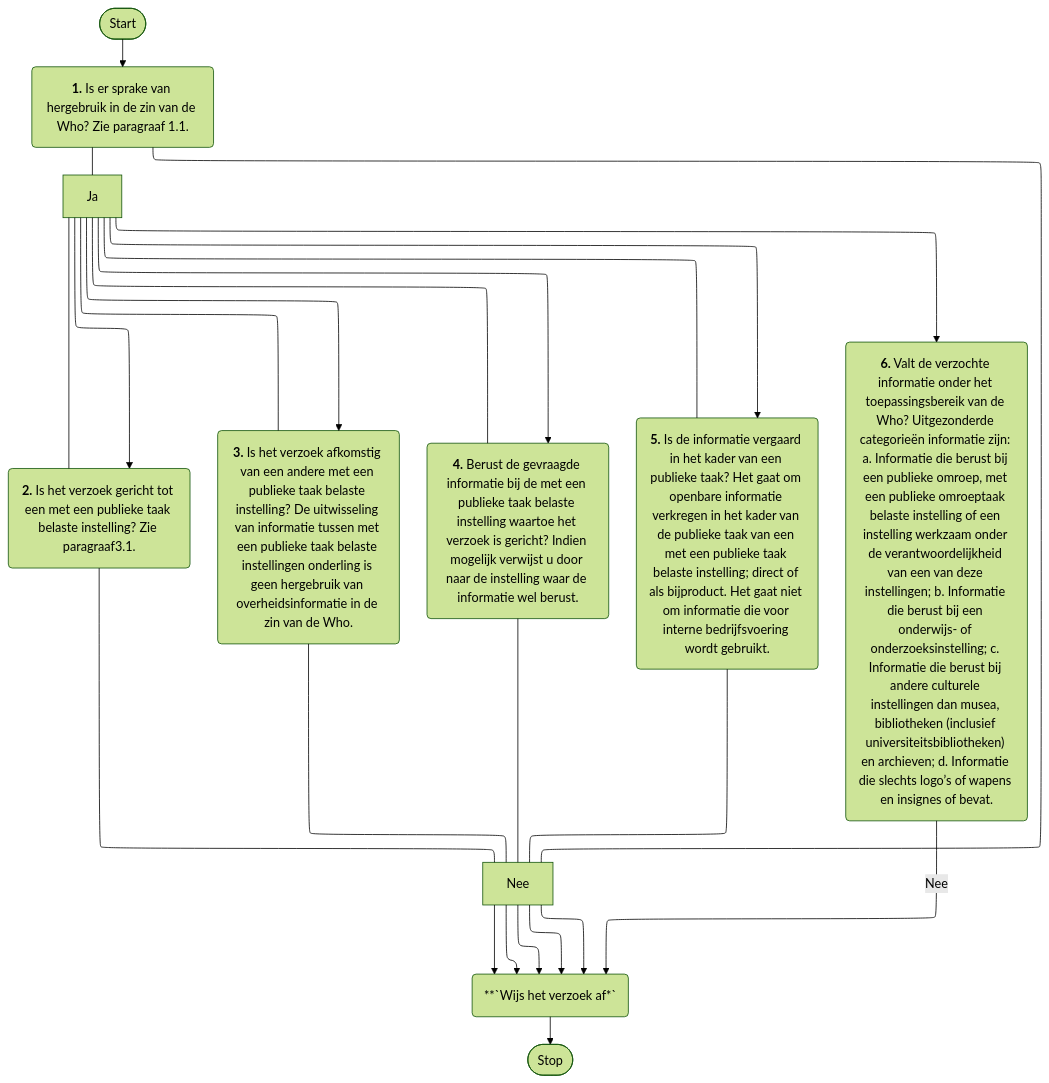
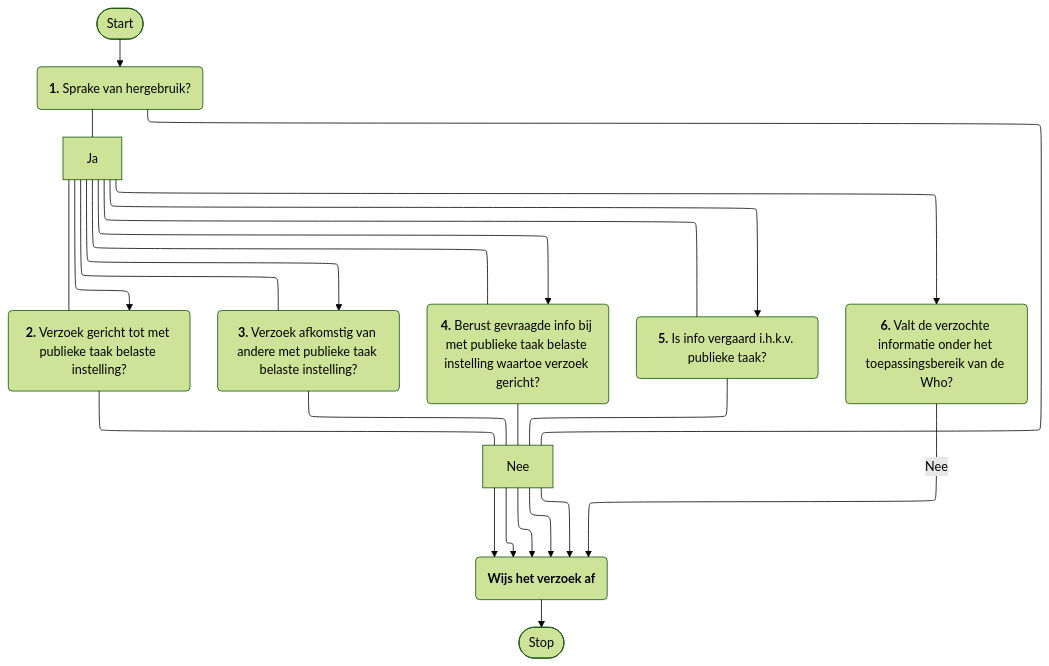
Before and after one commit to VNG-Realisatie/VNG-R-Respec-Template: the second of 11 diagrams in mermaid.md, drawn with Mermaid (forest theme). The commit also changed other lines of this file, not shown here.

````diff
--- a/mermaid.md
+++ b/mermaid.md
@@ -64,17 +64,18 @@
 ```mermaid
 %%{init: {"flowchart": {"defaultRenderer": "elk"}} }%%
 graph TD
-    A([Start])---->B("`**1.** Is er sprake van hergebruik in de zin van de Who? Zie paragraaf 1.1.`")
-    B("`**1.** Is er sprake van hergebruik in de zin van de Who? Zie paragraaf 1.1.`")--- Nee --->L("`**Wijs het verzoek af**`")
-    B("`**1.** Is er sprake van hergebruik in de zin van de Who? Zie paragraaf 1.1.`")--- Ja --->C("`**2.** Is het verzoek gericht tot een met een publieke taak belaste instelling? Zie paragraaf3.1.`")
-    C("`**2.** Is het verzoek gericht tot een met een publieke taak belaste instelling? Zie paragraaf3.1.`")--- Nee --->L("`**Wijs het verzoek af**`")
-    C("`**2.** Is het verzoek gericht tot een met een publieke taak belaste instelling? Zie paragraaf3.1.`")--- Ja --->D("`**3.** Is het verzoek afkomstig van een andere met een publieke taak belaste instelling? De uitwisseling van informatie tussen met een publieke taak belaste instellingen onderling is geen hergebruik van overheidsinformatie in de zin van de Who.`")
-    D("`**3.** Is het verzoek afkomstig van een andere met een publieke taak belaste instelling? De uitwisseling van informatie tussen met een publieke taak belaste instellingen onderling is geen hergebruik van overheidsinformatie in de zin van de Who.`")--- Nee --->L("`**Wijs het verzoek af**`")
-    D("`**3.** Is het verzoek afkomstig van een andere met een publieke taak belaste instelling? De uitwisseling van informatie tussen met een publieke taak belaste instellingen onderling is geen hergebruik van overheidsinformatie in de zin van de Who.`")--- Ja --->E("`**4.** Berust de gevraagde informatie bij de met een publieke taak belaste instelling waartoe het verzoek is gericht? Indien mogelijk verwijst u door naar de instelling waar de informatie wel berust.`")
-    E("`**4.** Berust de gevraagde informatie bij de met een publieke taak belaste instelling waartoe het verzoek is gericht? Indien mogelijk verwijst u door naar de instelling waar de informatie wel berust.`")--- Nee --->L("`**Wijs het verzoek af**`")
-    E("`**4.** Berust de gevraagde informatie bij de met een publieke taak belaste instelling waartoe het verzoek is gericht? Indien mogelijk verwijst u door naar de instelling waar de informatie wel berust.`")--- Ja ---> F("`**5.** Is de informatie vergaard in het kader van een publieke taak? Het gaat om openbare informatie verkregen in het kader van de publieke taak van een met een publieke taak belaste instelling; direct of als bijproduct. Het gaat niet om informatie die voor interne bedrijfsvoering wordt gebruikt.`")
-    F("`**5.** Is de informatie vergaard in het kader van een publieke taak? Het gaat om openbare informatie verkregen in het kader van de publieke taak van een met een publieke taak belaste instelling; direct of als bijproduct. Het gaat niet om informatie die voor interne bedrijfsvoering wordt gebruikt.`")--- Nee --->L("`**Wijs het verzoek af**`")
-    F("`**5.** Is de informatie vergaard in het kader van een publieke taak? Het gaat om openbare informatie verkregen in het kader van de publieke taak van een met een publieke taak belaste instelling; direct of als bijproduct. Het gaat niet om informatie die voor interne bedrijfsvoering wordt gebruikt.`")--- Ja --->G("`**6.** Valt de verzochte informatie onder het toepassingsbereik van de Who? Uitgezonderde categorieën informatie zijn: a. Informatie die berust bij een publieke omroep, met een publieke omroeptaak belaste instelling of een instelling werkzaam onder de verantwoordelijkheid van een van deze instellingen; b. Informatie die berust bij een onderwijs- of onderzoeksinstelling; c. Informatie die berust bij andere culturele instellingen dan musea, bibliotheken (inclusief universiteitsbibliotheken) en archieven; d. Informatie die slechts logo’s of wapens en insignes of bevat.`")
-    G("`**6.** Valt de verzochte informatie onder het toepassingsbereik van de Who? Uitgezonderde categorieën informatie zijn: a. Informatie die berust bij een publieke omroep, met een publieke omroeptaak belaste instelling of een instelling werkzaam onder de verantwoordelijkheid van een van deze instellingen; b. Informatie die berust bij een onderwijs- of onderzoeksinstelling; c. Informatie die berust bij andere culturele instellingen dan musea, bibliotheken (inclusief universiteitsbibliotheken) en archieven; d. Informatie die slechts logo’s of wapens en insignes of bevat.`")-- Nee --->L("**`Wijs het verzoek af*`")---->X([Stop])
+    A([Start])---->B("`**1.** Sprake van hergebruik?`")
+    B("`**1.** Sprake van hergebruik?`")--- Nee --->L("`**Wijs het verzoek af**`")
+    B("`**1.** Sprake van hergebruik?`")--- Ja --->C("`**2.** Verzoek gericht tot met publieke taak belaste instelling?`")
+    C("`**2.** Verzoek gericht tot met publieke taak belaste instelling?`")--- Nee --->L("`**Wijs het verzoek af**`")
+    C("`**2.** Verzoek gericht tot met publieke taak belaste instelling?`")--- Ja --->D("`**3.** Verzoek afkomstig van andere met publieke taak belaste instelling? `")
+    D("`**3.** Verzoek afkomstig van andere met publieke taak belaste instelling? `")--- Nee --->L("`**Wijs het verzoek af**`")
+    D("`**3.** Verzoek afkomstig van andere met publieke taak belaste instelling? `")--- Ja --->E("`**4.** Berust gevraagde info bij met publieke taak belaste instelling waartoe verzoek gericht?`")
+    E("`**4.** Berust gevraagde info bij met publieke taak belaste instelling waartoe verzoek gericht?`")--- Nee --->L("`**Wijs het verzoek af**`")
+    E("`**4.** Berust gevraagde info bij met publieke taak belaste instelling waartoe verzoek gericht?`")--- Ja ---> F("`**5.** Is info vergaard i.h.k.v. publieke taak?`")
+    F("`**5.** Is info vergaard i.h.k.v. publieke taak?`")--- Nee --->L("`**Wijs het verzoek af**`")
+    F("`**5.** Is info vergaard i.h.k.v. publieke taak?`")--- Ja --->G("`**6.** Valt de verzochte informatie onder het toepassingsbereik van de Who?`")
+    G("`**6.** Valt de verzochte informatie onder het toepassingsbereik van de Who?`")-- Nee --->L("`**Wijs het verzoek af**`")
+    L("`**Wijs het verzoek af**`")---->X([Stop])
 
 ```
````
